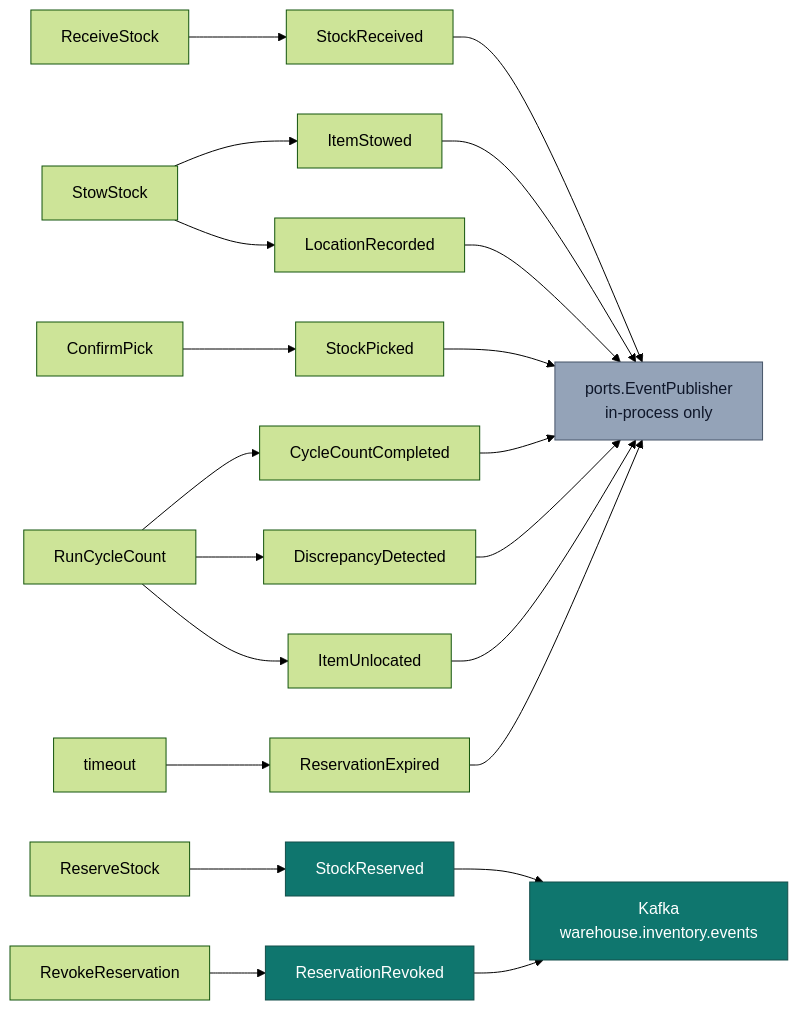
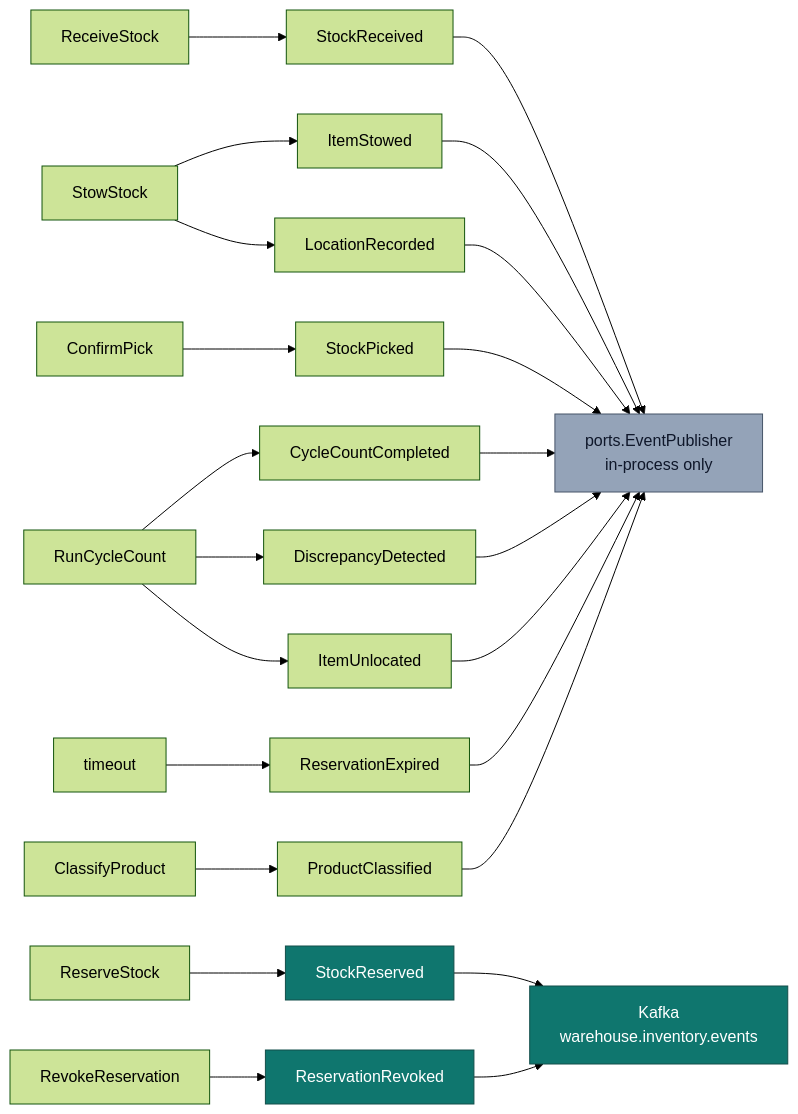
One commit to claudioed/inventory-storage changed the diagram in docs/docs/ddd/domain-events.md. Above: the diagram before and after it, drawn with Mermaid (forest theme). The commit also changed other lines of this file and 32 other files, not shown here.

````diff
--- a/docs/docs/ddd/domain-events.md
+++ b/docs/docs/ddd/domain-events.md
@@ -42,21 +43,22 @@
 ```mermaid
 flowchart LR
   RS["ReceiveStock"] --> E1["StockReceived"]
   SS["StowStock"] --> E2["ItemStowed"]
   SS --> E3["LocationRecorded"]
   RES["ReserveStock"] --> E4["StockReserved"]
   REV["RevokeReservation"] --> E5["ReservationRevoked"]
   CP["ConfirmPick"] --> E6["StockPicked"]
   CC["RunCycleCount"] --> E7["CycleCountCompleted"]
   CC --> E8["DiscrepancyDetected"]
   CC --> E9["ItemUnlocated"]
   EXP["timeout"] --> E10["ReservationExpired"]
+  CLS["ClassifyProduct"] --> E11["ProductClassified"]
 
-  E1 & E2 & E3 & E6 & E7 & E8 & E9 & E10 --> LOG["ports.EventPublisher<br/>in-process only"]
+  E1 & E2 & E3 & E6 & E7 & E8 & E9 & E10 & E11 --> LOG["ports.EventPublisher<br/>in-process only"]
   E4 & E5 --> KAF["Kafka<br/>warehouse.inventory.events"]
 
   classDef wired fill:#0f766e,stroke:#134e4a,color:#fff;
   classDef local fill:#94a3b8,stroke:#475569,color:#0f172a;
   class E4,E5,KAF wired;
   class LOG local;
 ```
````
